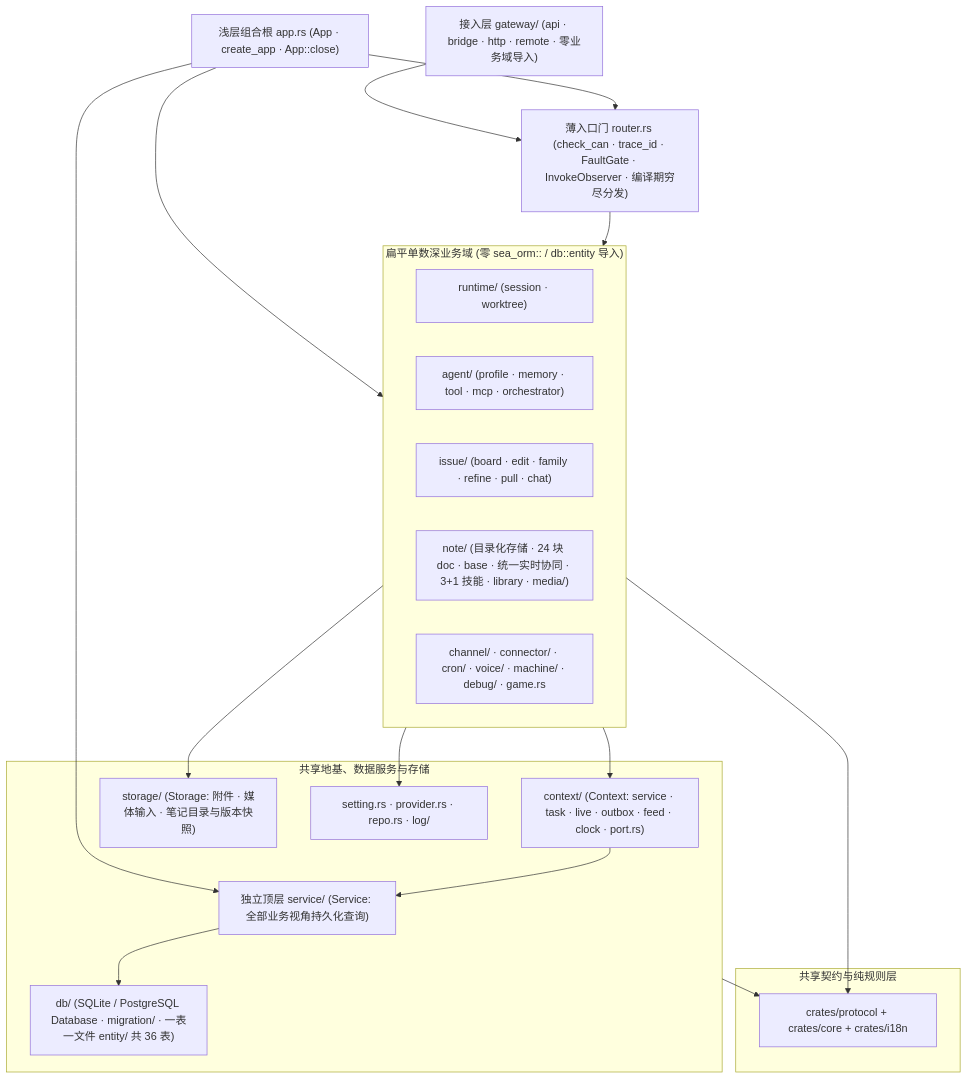
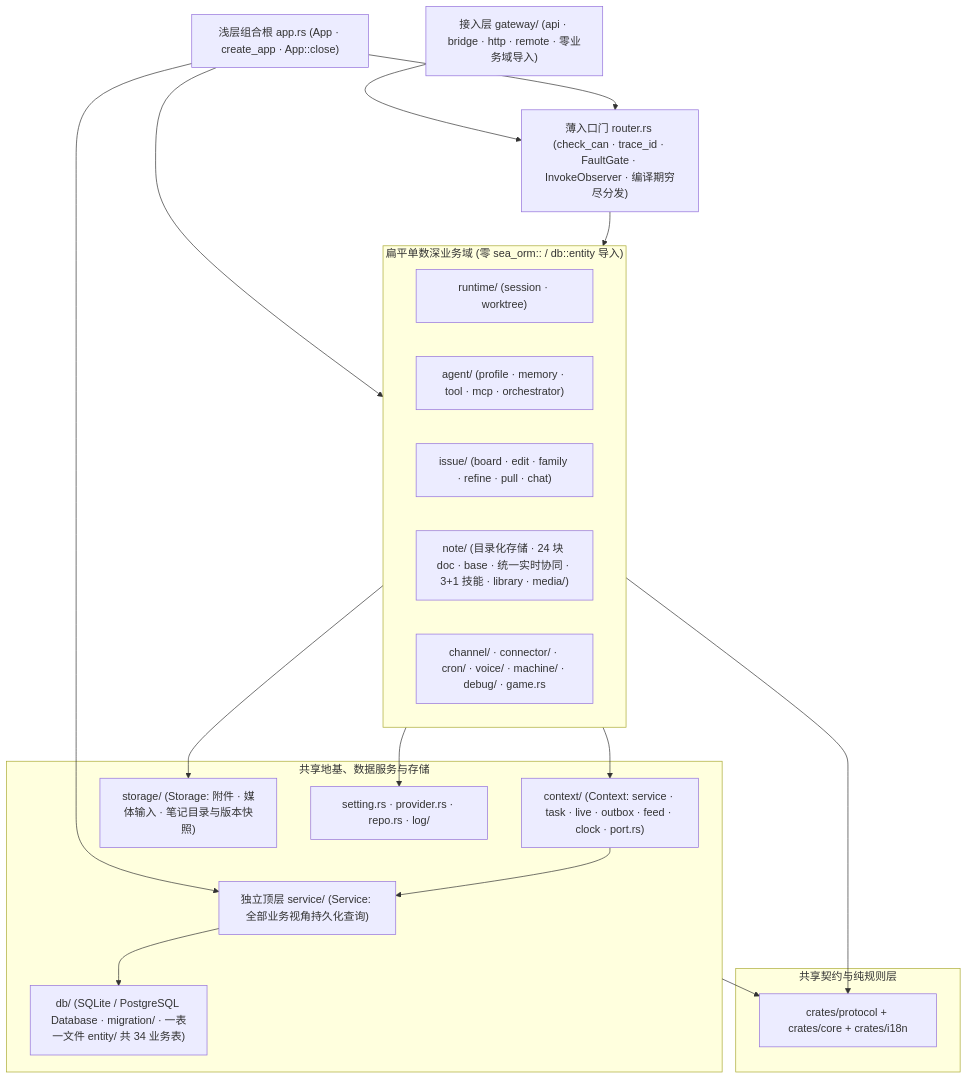
Before and after one commit to vibevalleyhq/vibevalley: the third of 5 diagrams in docs/architecture-topology.md, drawn with Mermaid. The commit also changed other lines of this file and 1259 other files, not shown here.

````diff
--- a/docs/architecture-topology.md
+++ b/docs/architecture-topology.md
@@ -142,32 +142,32 @@
 ```mermaid
 flowchart TD
   GW["接入层 gateway/ (api · bridge · http · remote · 零业务域导入)"] --> ROUTER
   APP["浅层组合根 app.rs (App · create_app · App::close)"] --> ROUTER & DOMAINS & SVC
 
   ROUTER["薄入口门 router.rs (check_can · trace_id · FaultGate · InvokeObserver · 编译期穷尽分发)"] --> DOMAINS
 
   subgraph DOMAINS["扁平单数深业务域 (零 sea_orm:: / db::entity 导入)"]
     RT["runtime/ (session · worktree)"]
     AG["agent/ (profile · memory · tool · mcp · orchestrator)"]
     IS["issue/ (board · edit · family · refine · pull · chat)"]
     NOTE["note/ (目录化存储 · 24 块 doc · base · 统一实时协同 · 3+1 技能 · library · media/)"]
     REST["channel/ · connector/ · cron/ · voice/ · machine/ · debug/ · game.rs"]
   end
 
   subgraph BASE["共享地基、数据服务与存储"]
     CTX["context/ (Context: service · task · live · outbox · feed · clock · port.rs)"]
     STG["storage/ (Storage: 附件 · 媒体输入 · 笔记目录与版本快照)"]
     LEAF["setting.rs · provider.rs · repo.rs · log/"]
     SVC["独立顶层 service/ (Service: 全部业务视角持久化查询)"]
-    DB["db/ (SQLite / PostgreSQL Database · migration/ · 一表一文件 entity/ 共 36 表)"]
+    DB["db/ (SQLite / PostgreSQL Database · migration/ · 一表一文件 entity/ 共 34 业务表)"]
   end
 
   subgraph L0["共享契约与纯规则层"]
     CORE_PROTO["crates/protocol + crates/core + crates/i18n"]
   end
 
   DOMAINS --> CTX & STG & LEAF
   CTX --> SVC
   SVC --> DB
   DOMAINS & BASE --> CORE_PROTO
 ```
````
